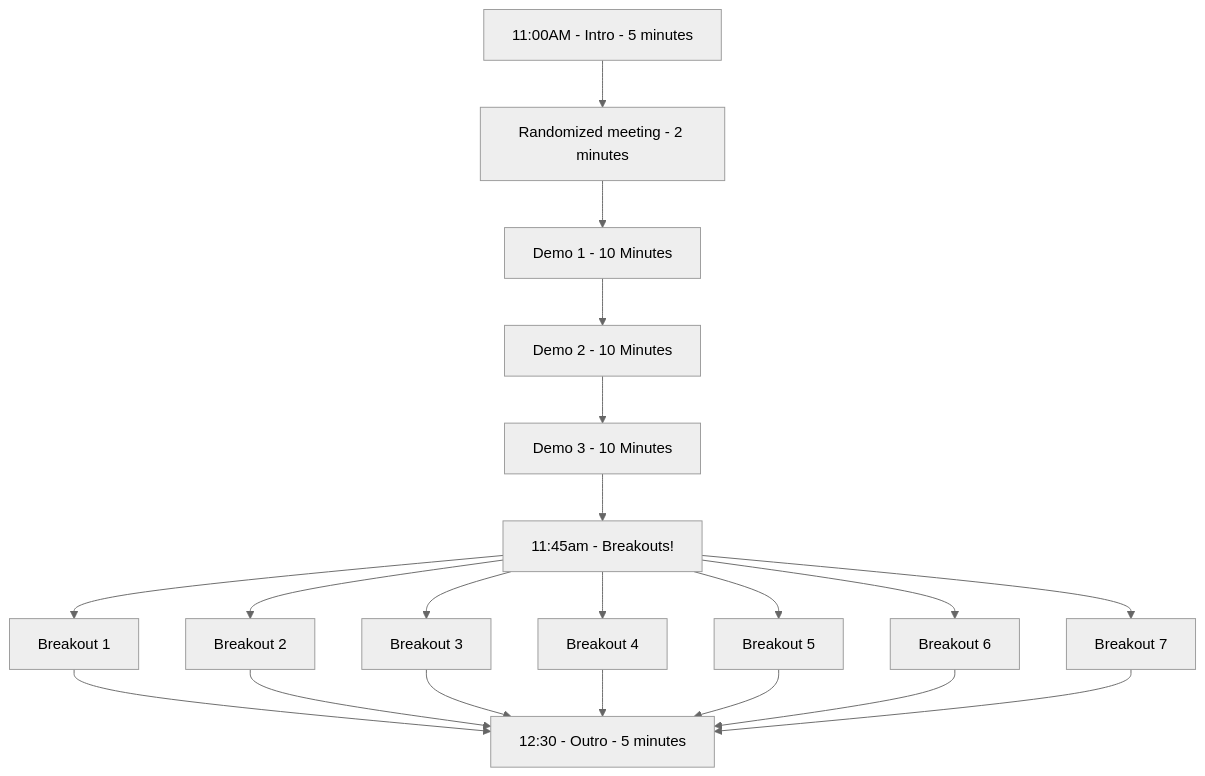
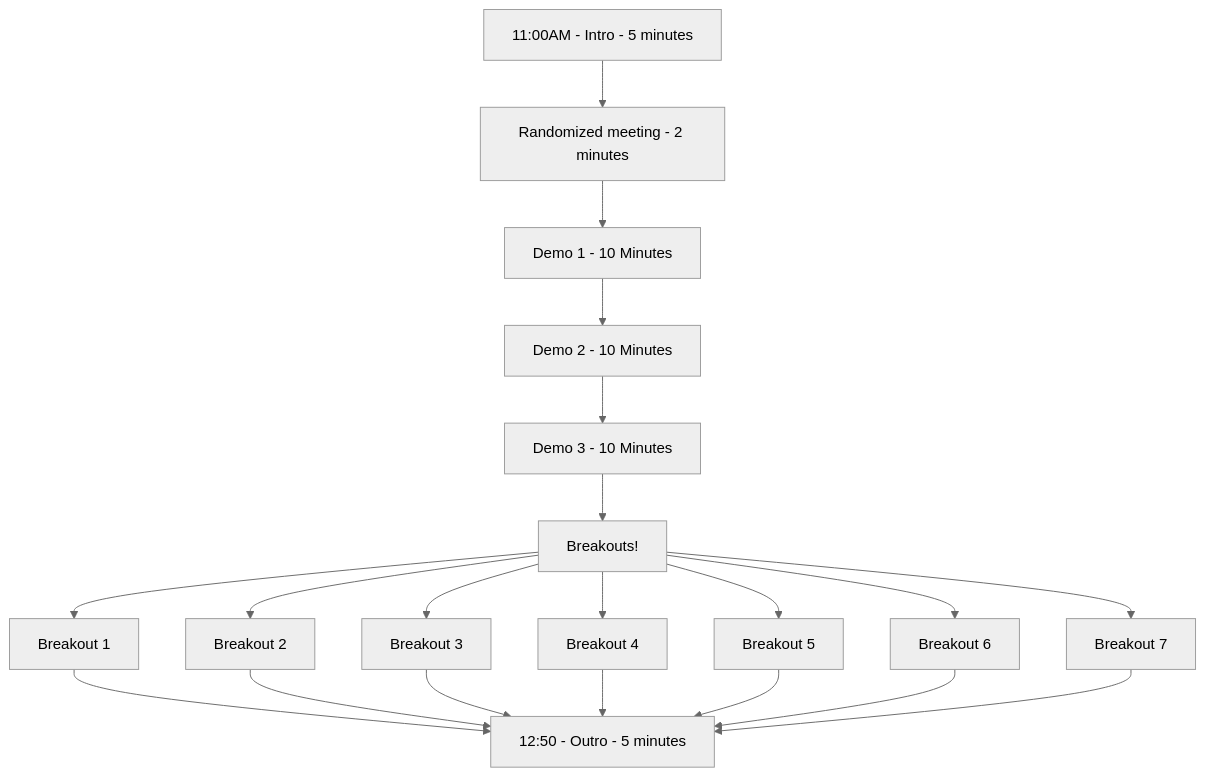
The diagram in Structure.md (Brale-xyz/dayzero), drawn with Mermaid (neutral theme) before and after one commit.

````diff
--- a/Structure.md
+++ b/Structure.md
@@ -1,18 +1,18 @@
 ```mermaid
 graph TD
     A[11:00AM - Intro - 5 minutes] --> B[Randomized meeting - 2 minutes]
     B --> C[Demo 1 - 10 Minutes]
     C --> D[Demo 2 - 10 Minutes]
     D --> E[Demo 3 - 10 Minutes]
-    E --> F[11:45am - Breakouts!]
+    E --> F[Breakouts!]
     
     F --> G[Breakout 1]
     F --> H[Breakout 2]
     F --> I[Breakout 3]
     F --> J[Breakout 4]
     F --> K[Breakout 5]
     F --> L[Breakout 6]
     F --> M[Breakout 7]
     
-    G & H & I & J & K & L & M --> N[12:30 - Outro - 5 minutes]
+    G & H & I & J & K & L & M --> N[12:50 - Outro - 5 minutes]
 ```
````
